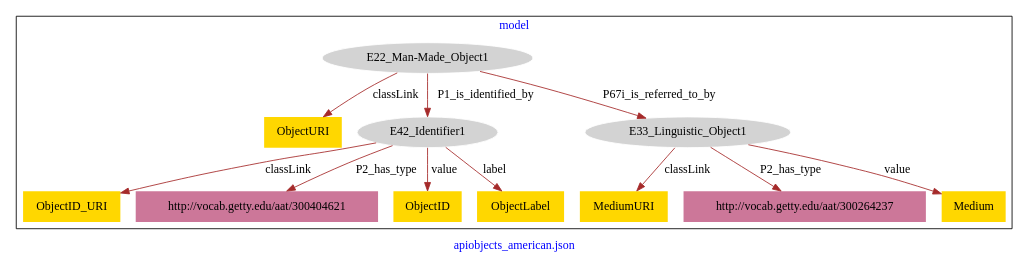
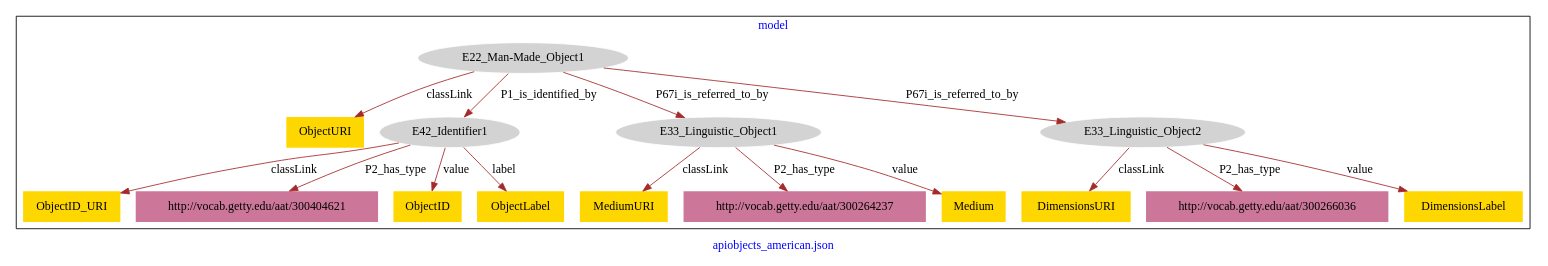
Before and after one commit to american-art/PUAM: the diagram in apiobjects_american/apiobjects_american-model.dot, drawn with Graphviz.

Commit message:
Update file apiobjects_american-model.dot

```diff
--- a/apiobjects_american/apiobjects_american-model.dot
+++ b/apiobjects_american/apiobjects_american-model.dot
@@ -1,29 +1,37 @@
 digraph n0 {
 fontcolor="blue"
 remincross="true"
 label="apiobjects_american.json"
 subgraph cluster {
 label="model"
 n2[style="filled",color="white",fillcolor="lightgray",label="E22_Man-Made_Object1"];
 n3[shape="plaintext",style="filled",fillcolor="gold",label="ObjectURI"];
 n4[style="filled",color="white",fillcolor="lightgray",label="E42_Identifier1"];
 n5[style="filled",color="white",fillcolor="lightgray",label="E33_Linguistic_Object1"];
-n6[shape="plaintext",style="filled",fillcolor="gold",label="MediumURI"];
-n7[shape="plaintext",style="filled",fillcolor="#CC7799",label="http://vocab.getty.edu/aat/300264237"];
-n8[shape="plaintext",style="filled",fillcolor="gold",label="Medium"];
-n9[shape="plaintext",style="filled",fillcolor="gold",label="ObjectID_URI"];
-n10[shape="plaintext",style="filled",fillcolor="#CC7799",label="http://vocab.getty.edu/aat/300404621"];
-n11[shape="plaintext",style="filled",fillcolor="gold",label="ObjectID"];
-n12[shape="plaintext",style="filled",fillcolor="gold",label="ObjectLabel"];
+n6[style="filled",color="white",fillcolor="lightgray",label="E33_Linguistic_Object2"];
+n7[shape="plaintext",style="filled",fillcolor="gold",label="MediumURI"];
+n8[shape="plaintext",style="filled",fillcolor="#CC7799",label="http://vocab.getty.edu/aat/300264237"];
+n9[shape="plaintext",style="filled",fillcolor="gold",label="Medium"];
+n10[shape="plaintext",style="filled",fillcolor="gold",label="DimensionsURI"];
+n11[shape="plaintext",style="filled",fillcolor="#CC7799",label="http://vocab.getty.edu/aat/300266036"];
+n12[shape="plaintext",style="filled",fillcolor="gold",label="DimensionsLabel"];
+n13[shape="plaintext",style="filled",fillcolor="gold",label="ObjectID_URI"];
+n14[shape="plaintext",style="filled",fillcolor="#CC7799",label="http://vocab.getty.edu/aat/300404621"];
+n15[shape="plaintext",style="filled",fillcolor="gold",label="ObjectID"];
+n16[shape="plaintext",style="filled",fillcolor="gold",label="ObjectLabel"];
 }
 n2 -> n3[color="brown",fontcolor="black",label="classLink"]
 n2 -> n4[color="brown",fontcolor="black",label="P1_is_identified_by"]
 n2 -> n5[color="brown",fontcolor="black",label="P67i_is_referred_to_by"]
-n5 -> n6[color="brown",fontcolor="black",label="classLink"]
-n5 -> n7[color="brown",fontcolor="black",label="P2_has_type"]
-n5 -> n8[color="brown",fontcolor="black",label="value"]
-n4 -> n9[color="brown",fontcolor="black",label="classLink"]
-n4 -> n10[color="brown",fontcolor="black",label="P2_has_type"]
-n4 -> n11[color="brown",fontcolor="black",label="value"]
-n4 -> n12[color="brown",fontcolor="black",label="label"]
+n2 -> n6[color="brown",fontcolor="black",label="P67i_is_referred_to_by"]
+n5 -> n7[color="brown",fontcolor="black",label="classLink"]
+n5 -> n8[color="brown",fontcolor="black",label="P2_has_type"]
+n5 -> n9[color="brown",fontcolor="black",label="value"]
+n6 -> n10[color="brown",fontcolor="black",label="classLink"]
+n6 -> n11[color="brown",fontcolor="black",label="P2_has_type"]
+n6 -> n12[color="brown",fontcolor="black",label="value"]
+n4 -> n13[color="brown",fontcolor="black",label="classLink"]
+n4 -> n14[color="brown",fontcolor="black",label="P2_has_type"]
+n4 -> n15[color="brown",fontcolor="black",label="value"]
+n4 -> n16[color="brown",fontcolor="black",label="label"]
 }
```
